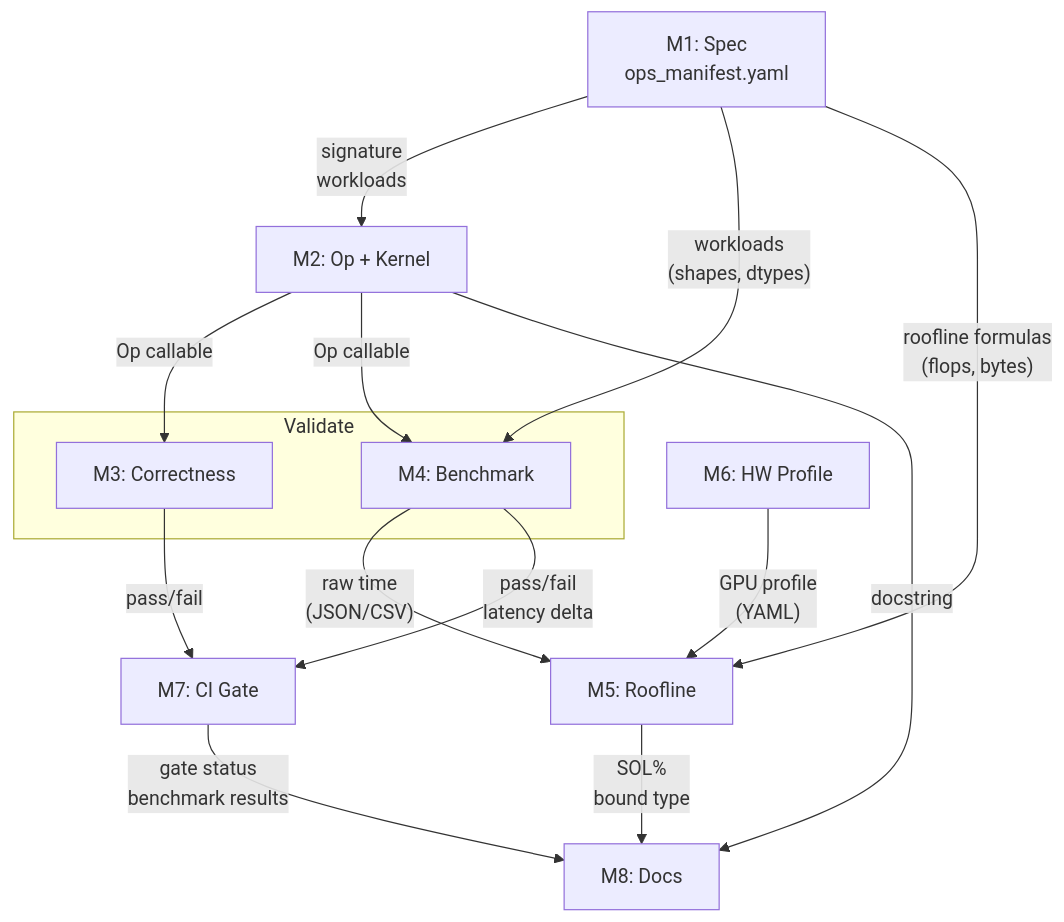
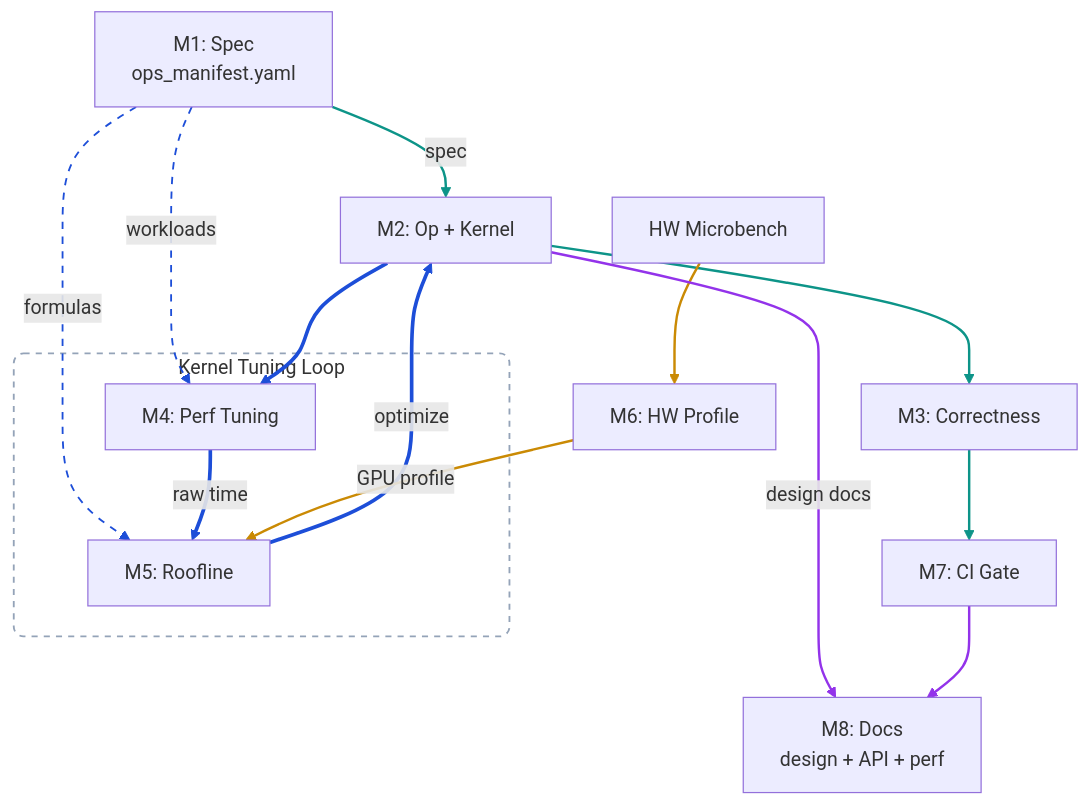
The diagram in docs/architecture.md (tile-ai/TileOPs), drawn with Mermaid before and after one commit. The commit also changed other lines of this file, not shown here.

First line of the commit message:
[Doc] Restructure architecture diagram as flow-driven status model (#709)

````diff
--- a/docs/architecture.md
+++ b/docs/architecture.md
@@ -9,28 +13,42 @@
 ```mermaid
 graph TD
     M1["M1: Spec<br/>ops_manifest.yaml"]
     M2["M2: Op + Kernel"]
+    M3["M3: Correctness"]
     M6["M6: HW Profile"]
+    HW["HW Microbench"]
+    M7["M7: CI Gate"]
+    M8["M8: Docs<br/>design + API + perf"]
 
-    subgraph Validate
-        M3["M3: Correctness"]
-        M4["M4: Benchmark"]
+    subgraph loop ["Kernel Tuning Loop"]
+        M4["M4: Perf Tuning"]
+        M5["M5: Roofline"]
     end
 
-    M5["M5: Roofline"]
-    M7["M7: CI Gate"]
-    M8["M8: Docs"]
+    M1 -- "spec" --> M2
+    M1 -- "workloads" --> M4
+    M1 -- "formulas" --> M5
+    M2 --> M3
 
-    M1 -- "signature<br/>workloads" --> M2
-    M1 -- "workloads<br/>(shapes, dtypes)" --> M4
-    M1 -- "roofline formulas<br/>(flops, bytes)" --> M5
-    M2 -- "Op callable" --> M3
-    M2 -- "Op callable" --> M4
-    M2 -- "docstring" --> M8
-    M3 -- "pass/fail" --> M7
-    M4 -- "raw time<br/>(JSON/CSV)" --> M5
-    M4 -- "pass/fail<br/>latency delta" --> M7
-    M5 -- "SOL%<br/>bound type" --> M8
-    M6 -- "GPU profile<br/>(YAML)" --> M5
-    M7 -- "gate status<br/>benchmark results" --> M8
+    M2 --> M4
+    M4 -- "raw time" --> M5
+    M5 -- "optimize" --> M2
+
+    HW --> M6
+    M6 -- "GPU profile" --> M5
+
+    M3 --> M7
+
+    M2 -- "design docs" --> M8
+    M7 --> M8
+
+    style loop fill:none,stroke:#94a3b8,stroke-width:1.5px,stroke-dasharray:5,rx:8,ry:8
+
+    linkStyle 0 stroke:#0d9488,stroke-width:2px
+    linkStyle 1,2 stroke:#1d4ed8,stroke-width:1.5px,stroke-dasharray:6
+    linkStyle 3 stroke:#0d9488,stroke-width:2px
+    linkStyle 4,5,6 stroke:#1d4ed8,stroke-width:3px
+    linkStyle 7,8 stroke:#ca8a04,stroke-width:2px
+    linkStyle 9 stroke:#0d9488,stroke-width:2px
+    linkStyle 10,11 stroke:#9333ea,stroke-width:2px
 ```
````
